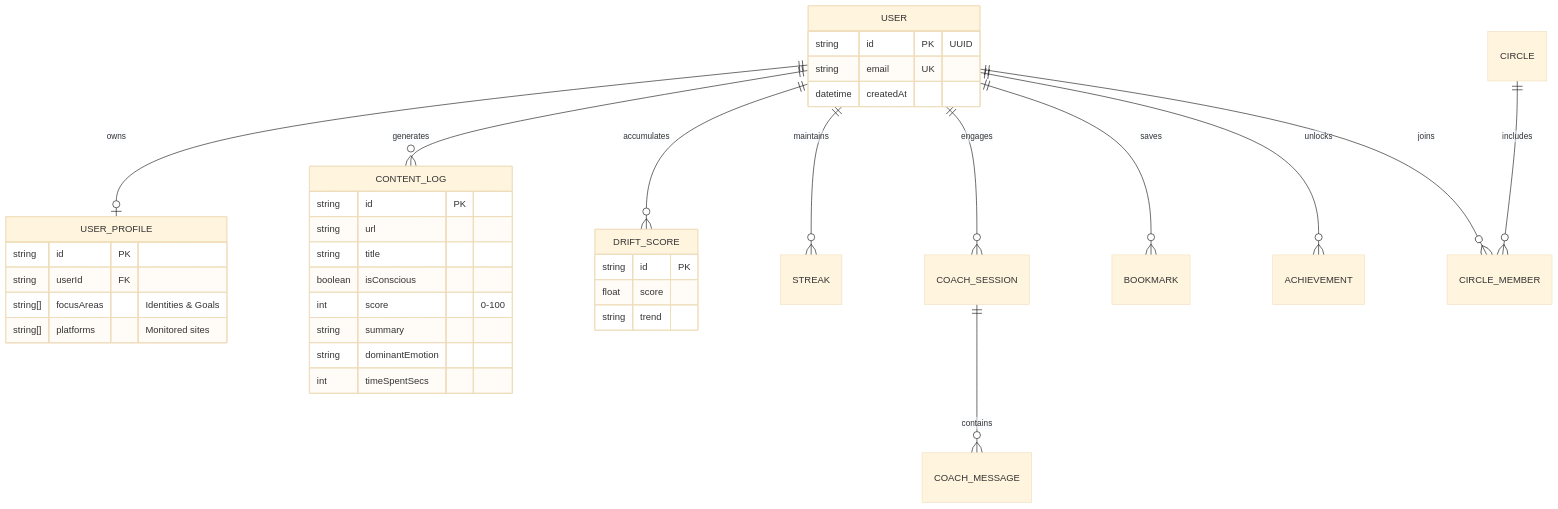
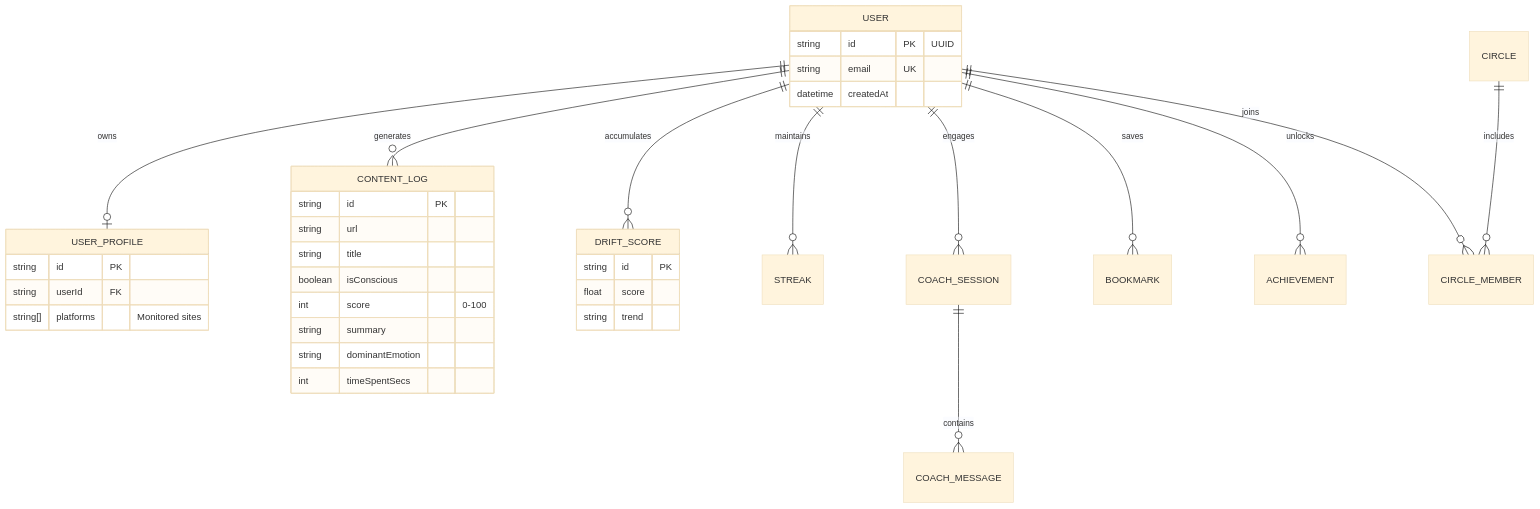
Before and after one commit to harshitnub077/Cognify: the second of 2 diagrams in README.md, drawn with Mermaid (base theme).

````diff
--- a/README.md
+++ b/README.md
@@ -41,44 +41,43 @@
 ```mermaid
 erDiagram
     USER ||--o| USER_PROFILE : owns
     USER ||--o{ CONTENT_LOG : generates
     USER ||--o{ DRIFT_SCORE : accumulates
     USER ||--o{ STREAK : maintains
     USER ||--o{ COACH_SESSION : engages
     USER ||--o{ BOOKMARK : saves
     USER ||--o{ ACHIEVEMENT : unlocks
     USER ||--o{ CIRCLE_MEMBER : joins
 
     COACH_SESSION ||--o{ COACH_MESSAGE : contains
     CIRCLE ||--o{ CIRCLE_MEMBER : includes
 
     USER {
         string id PK "UUID"
         string email UK
         datetime createdAt
     }
     
     USER_PROFILE {
         string id PK
         string userId FK
-        string[] focusAreas "Identities & Goals"
         string[] platforms "Monitored sites"
     }
 
     CONTENT_LOG {
         string id PK
         string url
         string title
         boolean isConscious
         int score "0-100"
         string summary
         string dominantEmotion
         int timeSpentSecs
     }
     
     DRIFT_SCORE {
         string id PK
         float score
         string trend
     }
 ```
````
